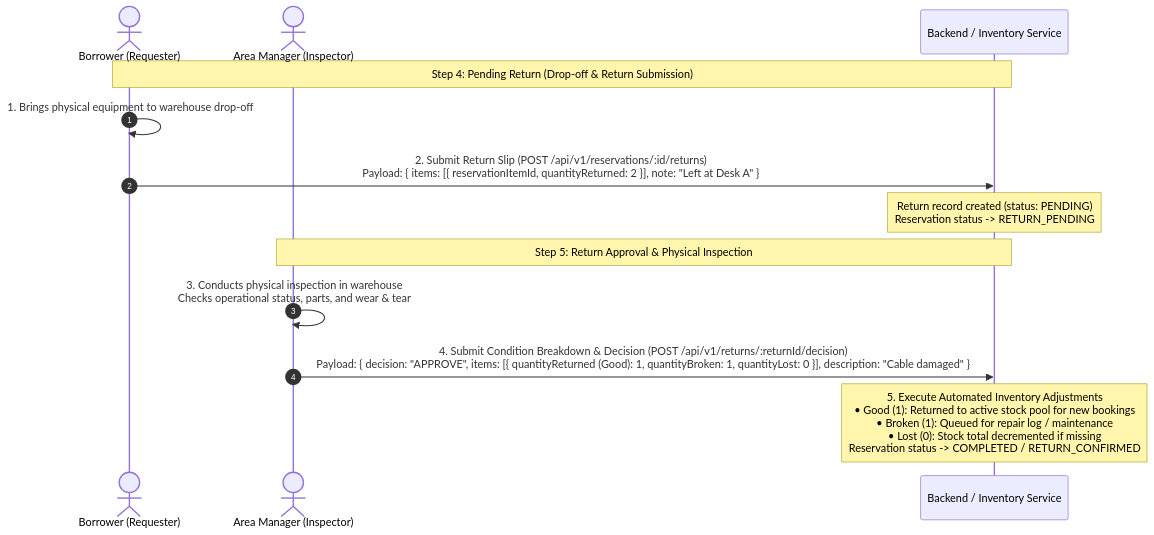
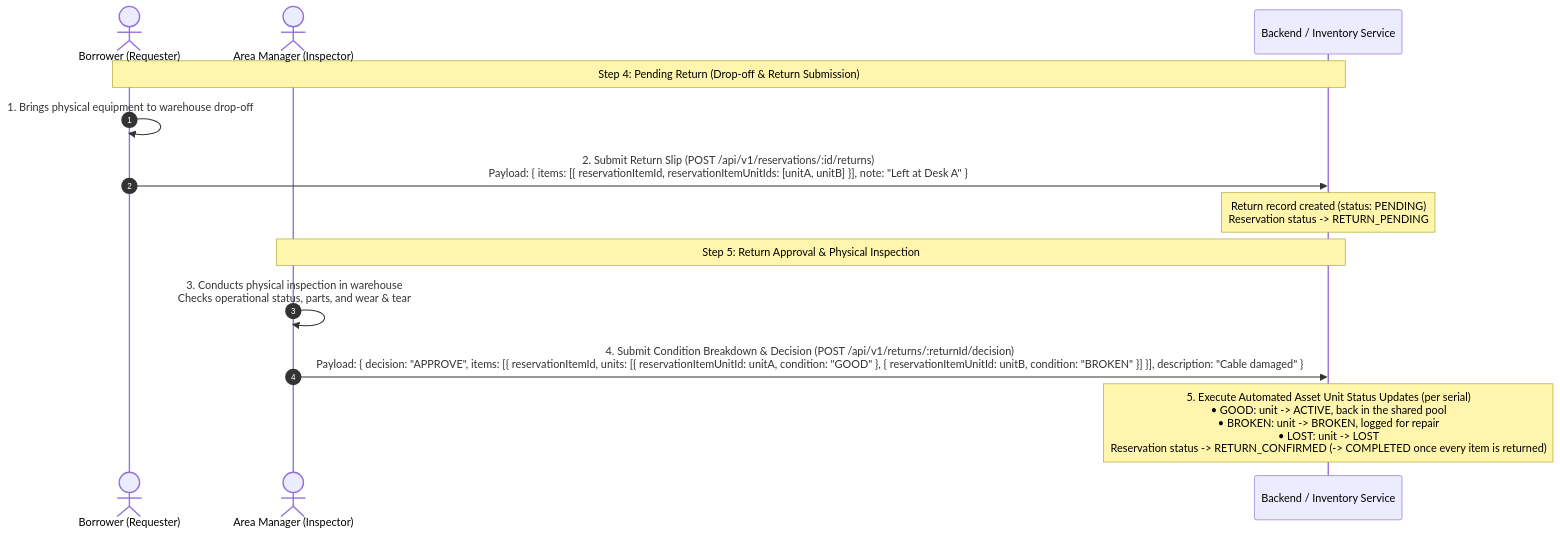
The fourth of 4 diagrams in docs/software_spec/asset-reservation-flow.md (Faiisu/asset-reserve), drawn with Mermaid before and after one commit. The commit also changed other lines of this file and 39 other files, not shown here.

````diff
--- a/docs/software_spec/asset-reservation-flow.md
+++ b/docs/software_spec/asset-reservation-flow.md
@@ -123,18 +128,18 @@
 ```mermaid
 sequenceDiagram
     autonumber
     actor Borrower as Borrower (Requester)
     actor Manager as Area Manager (Inspector)
     participant System as Backend / Inventory Service
 
     Note over Borrower,System: Step 4: Pending Return (Drop-off & Return Submission)
     Borrower->>Borrower: 1. Brings physical equipment to warehouse drop-off
-    Borrower->>System: 2. Submit Return Slip (POST /api/v1/reservations/:id/returns)<br/>Payload: { items: [{ reservationItemId, quantityReturned: 2 }], note: "Left at Desk A" }
+    Borrower->>System: 2. Submit Return Slip (POST /api/v1/reservations/:id/returns)<br/>Payload: { items: [{ reservationItemId, reservationItemUnitIds: [unitA, unitB] }], note: "Left at Desk A" }
     Note over System: Return record created (status: PENDING)<br/>Reservation status -> RETURN_PENDING
 
     Note over Manager,System: Step 5: Return Approval & Physical Inspection
     Manager->>Manager: 3. Conducts physical inspection in warehouse<br/>Checks operational status, parts, and wear & tear
-    Manager->>System: 4. Submit Condition Breakdown & Decision (POST /api/v1/returns/:returnId/decision)<br/>Payload: { decision: "APPROVE", items: [{ quantityReturned (Good): 1, quantityBroken: 1, quantityLost: 0 }], description: "Cable damaged" }
+    Manager->>System: 4. Submit Condition Breakdown & Decision (POST /api/v1/returns/:returnId/decision)<br/>Payload: { decision: "APPROVE", items: [{ reservationItemId, units: [{ reservationItemUnitId: unitA, condition: "GOOD" }, { reservationItemUnitId: unitB, condition: "BROKEN" }] }], description: "Cable damaged" }
 
-    Note over System: 5. Execute Automated Inventory Adjustments<br/>• Good (1): Returned to active stock pool for new bookings<br/>• Broken (1): Queued for repair log / maintenance<br/>• Lost (0): Stock total decremented if missing<br/>Reservation status -> COMPLETED / RETURN_CONFIRMED
+    Note over System: 5. Execute Automated Asset Unit Status Updates (per serial)<br/>• GOOD: unit -> ACTIVE, back in the shared pool<br/>• BROKEN: unit -> BROKEN, logged for repair<br/>• LOST: unit -> LOST<br/>Reservation status -> RETURN_CONFIRMED (-> COMPLETED once every item is returned)
 ```
````
